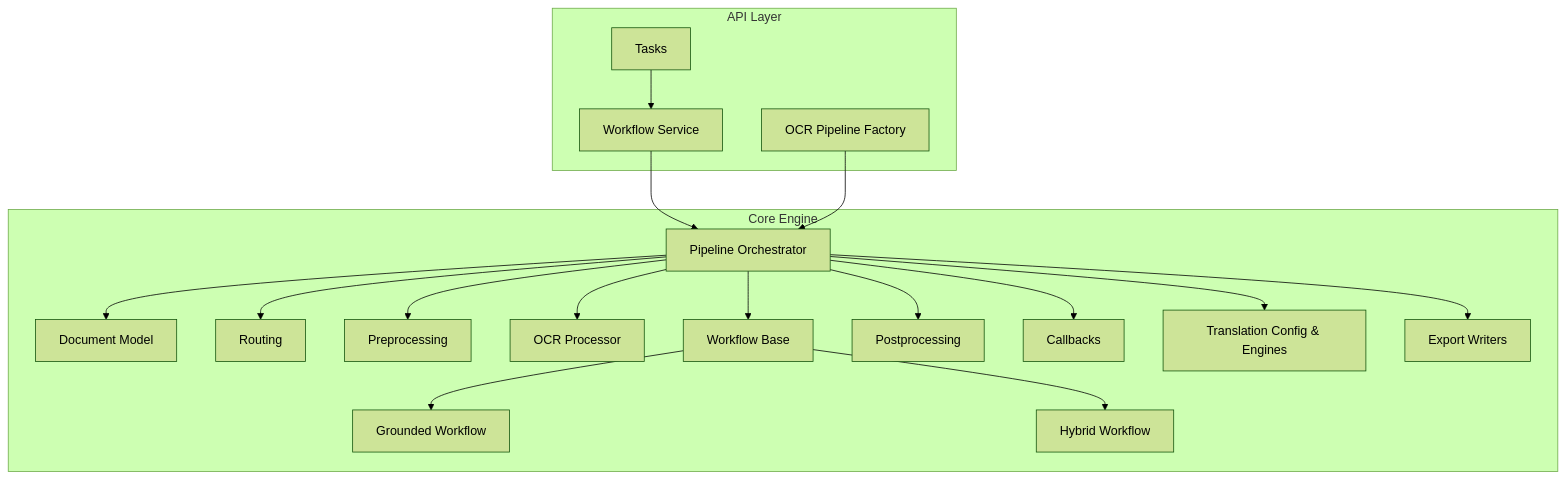
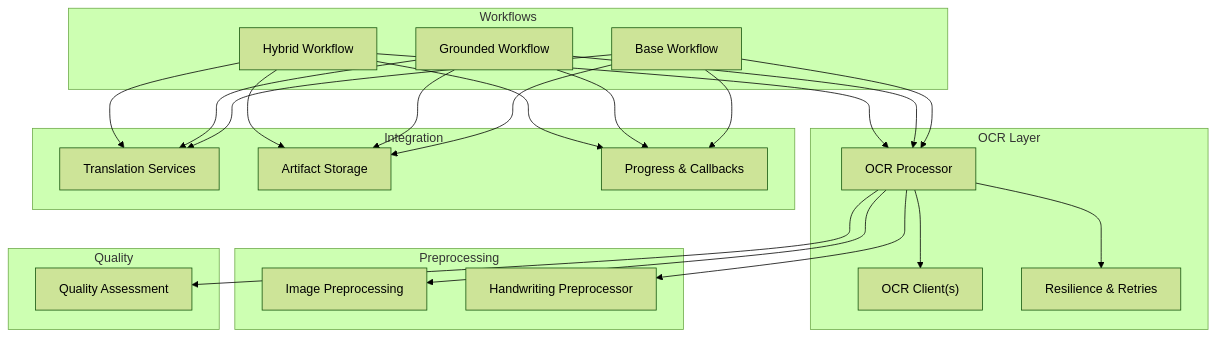
Before and after one commit to Sifr-r/LocalDeepL: the first of 7 diagrams in .qoder/repowiki/en/content/Core Processing Engine/Core Processing Engine.md, drawn with Mermaid (forest theme). The commit also changed other lines of this file and 246 other files, not shown here.

````diff
--- a/.qoder/repowiki/en/content/Core Processing Engine/Core Processing Engine.md
+++ b/.qoder/repowiki/en/content/Core Processing Engine/Core Processing Engine.md
@@ -60,36 +51,42 @@
 ```mermaid
 graph TB
-subgraph "API Layer"
-A_tasks["Tasks"]
-A_services["Workflow Service"]
-A_factory["OCR Pipeline Factory"]
+subgraph "Workflows"
+WF_Base["Base Workflow"]
+WF_Grounded["Grounded Workflow"]
+WF_Hybrid["Hybrid Workflow"]
 end
-subgraph "Core Engine"
-P["Pipeline Orchestrator"]
-D["Document Model"]
-R["Routing"]
-PP["Preprocessing"]
-OCR["OCR Processor"]
-WF_base["Workflow Base"]
-WF_g["Grounded Workflow"]
-WF_h["Hybrid Workflow"]
-PO["Postprocessing"]
-CB["Callbacks"]
-TR["Translation Config & Engines"]
-EX["Export Writers"]
+subgraph "OCR Layer"
+Proc["OCR Processor"]
+Client["OCR Client(s)"]
+Resil["Resilience & Retries"]
 end
-A_tasks --> A_services
-A_services --> P
-A_factory --> P
-P --> R
-P --> D
-P --> PP
-P --> OCR
-P --> WF_base
-WF_base --> WF_g
-WF_base --> WF_h
-P --> PO
-P --> CB
-P --> TR
-P --> EX
+subgraph "Preprocessing"
+Pre["Image Preprocessing"]
+Hand["Handwriting Preprocessor"]
+end
+subgraph "Quality"
+QA["Quality Assessment"]
+end
+subgraph "Integration"
+Trans["Translation Services"]
+Artifacts["Artifact Storage"]
+Progress["Progress & Callbacks"]
+end
+WF_Base --> Proc
+WF_Grounded --> Proc
+WF_Hybrid --> Proc
+Proc --> Client
+Proc --> Resil
+Proc --> Pre
+Proc --> Hand
+Proc --> QA
+WF_Base --> Progress
+WF_Grounded --> Progress
+WF_Hybrid --> Progress
+WF_Base --> Trans
+WF_Grounded --> Trans
+WF_Hybrid --> Trans
+WF_Base --> Artifacts
+WF_Grounded --> Artifacts
+WF_Hybrid --> Artifacts
 ```
````
